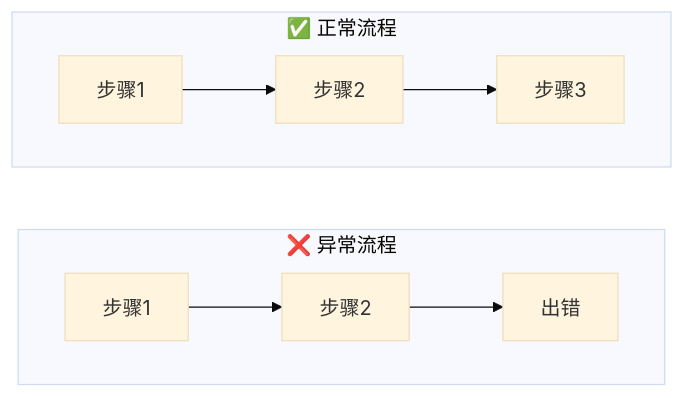
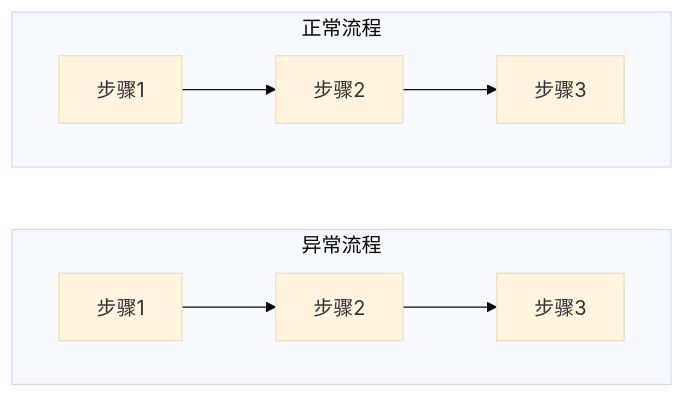
One commit to zxremail/cursor.config_mcp_rules_skills changed the first of 9 diagrams in skills/mermaid-flowchart-layout/SKILL.md. Above: the diagram before and after it, drawn with Mermaid (base theme). The commit also changed other lines of this file and 1 other file, not shown here.

````diff
--- a/skills/mermaid-flowchart-layout/SKILL.md
+++ b/skills/mermaid-flowchart-layout/SKILL.md
@@ -58,14 +62,21 @@
 ```mermaid
 flowchart TB
-    subgraph 正常流程["✅ 正常流程"]
+    subgraph 正常流程["正常流程"]
         direction LR
-        A1["步骤1"] --> B1["步骤2"] --> C1["步骤3"]
+        A1["步骤1"]
+        B1["步骤2"]
+        C1["步骤3"]
     end
 
-    正常流程 ~~~ 异常流程
+    subgraph 异常流程["异常流程"]
+        direction LR
+        A2["步骤1"]
+        B2["步骤2"]
+        C2["步骤3"]
+    end
 
-    subgraph 异常流程["❌ 异常流程"]
-        direction LR
-        A2["步骤1"] --> B2["步骤2"] --> C2["出错"]
-    end
+    正常流程 --- 异常流程
+    A1 --> B1 --> C1
+    A2 --> B2 --> C2
+    linkStyle 0 opacity:0,stroke-width:0px
 ```
````
